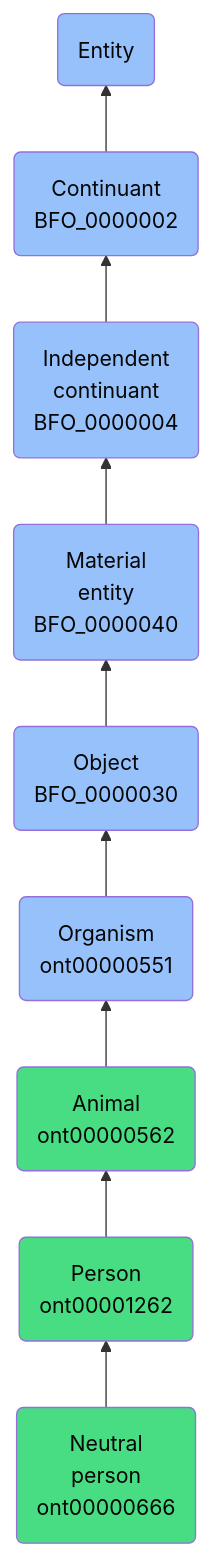
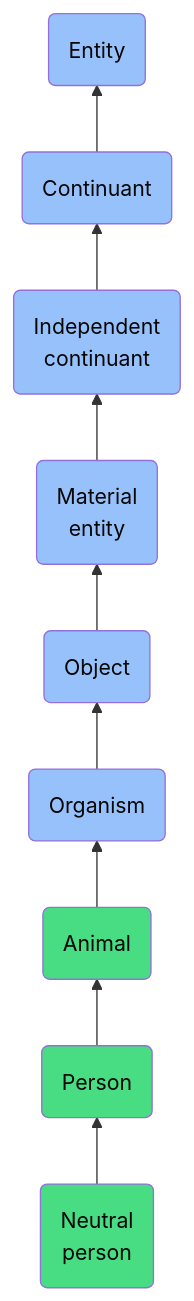
One commit to jupyter-naas/abi changed the diagram in docs/ontology/reference/model/Entity/Continuant/Independent continuant/Material entity/Object/Organism/Animal/Person/Neutral person/Neutral person.md. Above: the diagram before and after it, drawn with Mermaid. The commit also changed other lines of this file and 1430 other files, not shown here.

````diff
--- a/docs/ontology/reference/model/Entity/Continuant/Independent continuant/Material entity/Object/Organism/Animal/Person/Neutral person/Neutral person.md
+++ b/docs/ontology/reference/model/Entity/Continuant/Independent continuant/Material entity/Object/Organism/Animal/Person/Neutral person/Neutral person.md
@@ -24,16 +24,16 @@
 ```mermaid
 graph BT
-    ont00000666(Neutral<br>person<br>ont00000666):::ABI-->ont00001262
-    ont00001262(Person<br>ont00001262):::ABI-->ont00000562
-    ont00000562(Animal<br>ont00000562):::ABI-->ont00000551
-    ont00000551(Organism<br>ont00000551):::BFO-->BFO_0000030
-    BFO_0000030(Object<br>BFO_0000030):::BFO-->BFO_0000040
-    BFO_0000040(Material<br>entity<br>BFO_0000040):::BFO-->BFO_0000004
-    BFO_0000004(Independent<br>continuant<br>BFO_0000004):::BFO-->BFO_0000002
-    BFO_0000002(Continuant<br>BFO_0000002):::BFO-->BFO_0000001
+    ont00000666(Neutral<br>person):::ABI-->ont00001262
+    ont00001262(Person):::ABI-->ont00000562
+    ont00000562(Animal):::ABI-->ont00000551
+    ont00000551(Organism):::BFO-->BFO_0000030
+    BFO_0000030(Object):::BFO-->BFO_0000040
+    BFO_0000040(Material<br>entity):::BFO-->BFO_0000004
+    BFO_0000004(Independent<br>continuant):::BFO-->BFO_0000002
+    BFO_0000002(Continuant):::BFO-->BFO_0000001
     BFO_0000001(Entity):::BFO
     
     classDef BFO fill:#97c1fb,color:#060606
     classDef CCO fill:#e4c51e,color:#060606
     classDef ABI fill:#48DD82,color:#060606
 ```
````
